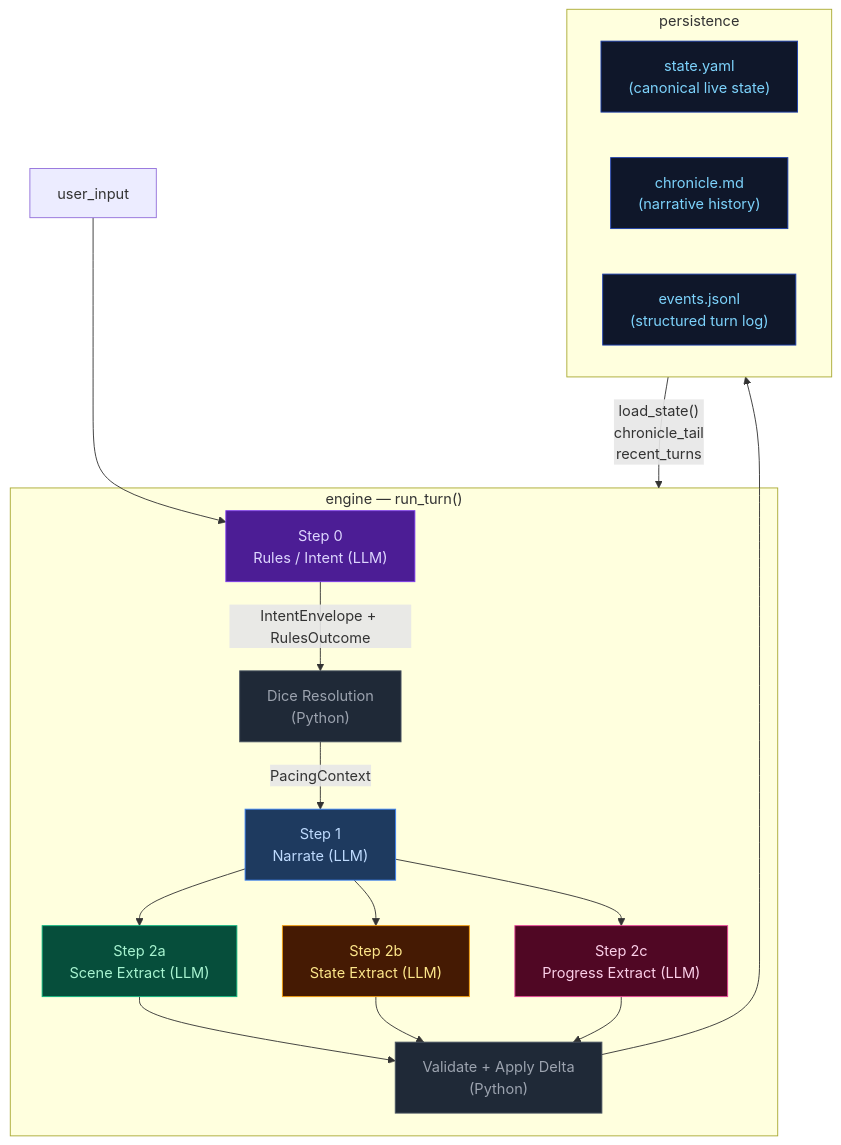
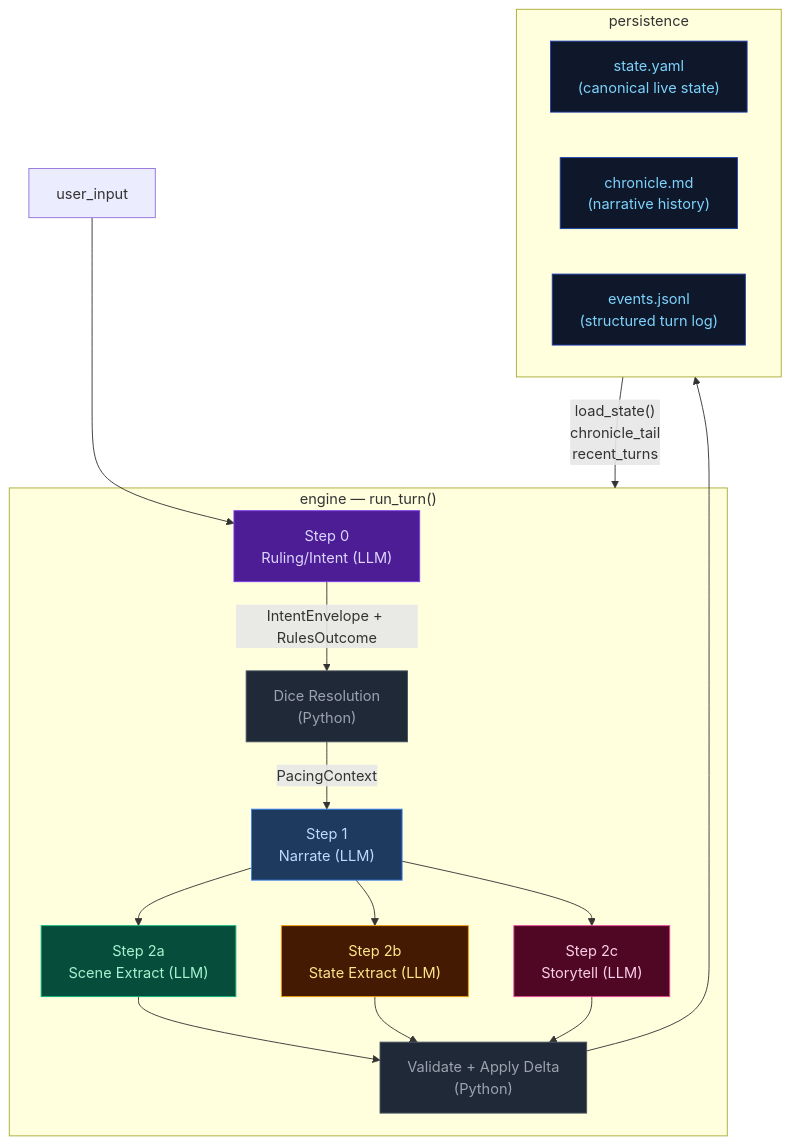
The diagram in docs/architecture/OVERVIEW.md (pww217/fablethread), drawn with Mermaid before and after one commit. The commit also changed other lines of this file and 51 other files, not shown here.

First line of the commit message:
Complete ruling/storytell rename: replace 'rules' and 'progress' naming across entire codebase

````diff
--- a/docs/architecture/OVERVIEW.md
+++ b/docs/architecture/OVERVIEW.md
@@ -10,36 +10,36 @@
 ```mermaid
 flowchart TD
     classDef stageRules    fill:#4c1d95,color:#ddd6fe,stroke:#7c3aed
     classDef stageNarrate  fill:#1e3a5f,color:#bfdbfe,stroke:#3b82f6
     classDef stageScene    fill:#064e3b,color:#a7f3d0,stroke:#10b981
     classDef stageState    fill:#451a03,color:#fde68a,stroke:#f59e0b
     classDef stageProgress fill:#500724,color:#fbcfe8,stroke:#ec4899
     classDef storageNode   fill:#0f172a,color:#7dd3fc,stroke:#1e40af
     classDef pyNode        fill:#1f2937,color:#9ca3af,stroke:#4b5563
 
     USER["user_input"]
 
     subgraph ENGINE["engine — run_turn()"]
-        STEP0["Step 0<br>Rules / Intent (LLM)"]:::stageRules
+        STEP0["Step 0<br>Ruling/Intent (LLM)"]:::stageRules
         DICE["Dice Resolution<br>(Python)"]:::pyNode
         STEP1["Step 1<br>Narrate (LLM)"]:::stageNarrate
         STEP2A["Step 2a<br>Scene Extract (LLM)"]:::stageScene
         STEP2B["Step 2b<br>State Extract (LLM)"]:::stageState
-        STEP2C["Step 2c<br>Progress Extract (LLM)"]:::stageProgress
+        STEP2C["Step 2c<br>Storytell (LLM)"]:::stageProgress
         VALIDATE["Validate + Apply Delta<br>(Python)"]:::pyNode
     end
 
     subgraph PERSISTENCE["persistence"]
         STATE["state.yaml<br>(canonical live state)"]:::storageNode
         CHRONICLE["chronicle.md<br>(narrative history)"]:::storageNode
         EVENTS["events.jsonl<br>(structured turn log)"]:::storageNode
     end
 
     USER --> STEP0
     STEP0 -- "IntentEnvelope + RulesOutcome" --> DICE
     DICE -- "PacingContext" --> STEP1
     STEP1 --> STEP2A & STEP2B & STEP2C
     STEP2A & STEP2B & STEP2C --> VALIDATE
     VALIDATE --> PERSISTENCE
     PERSISTENCE -- "load_state()<br>chronicle_tail<br>recent_turns" --> ENGINE
 ```
````
